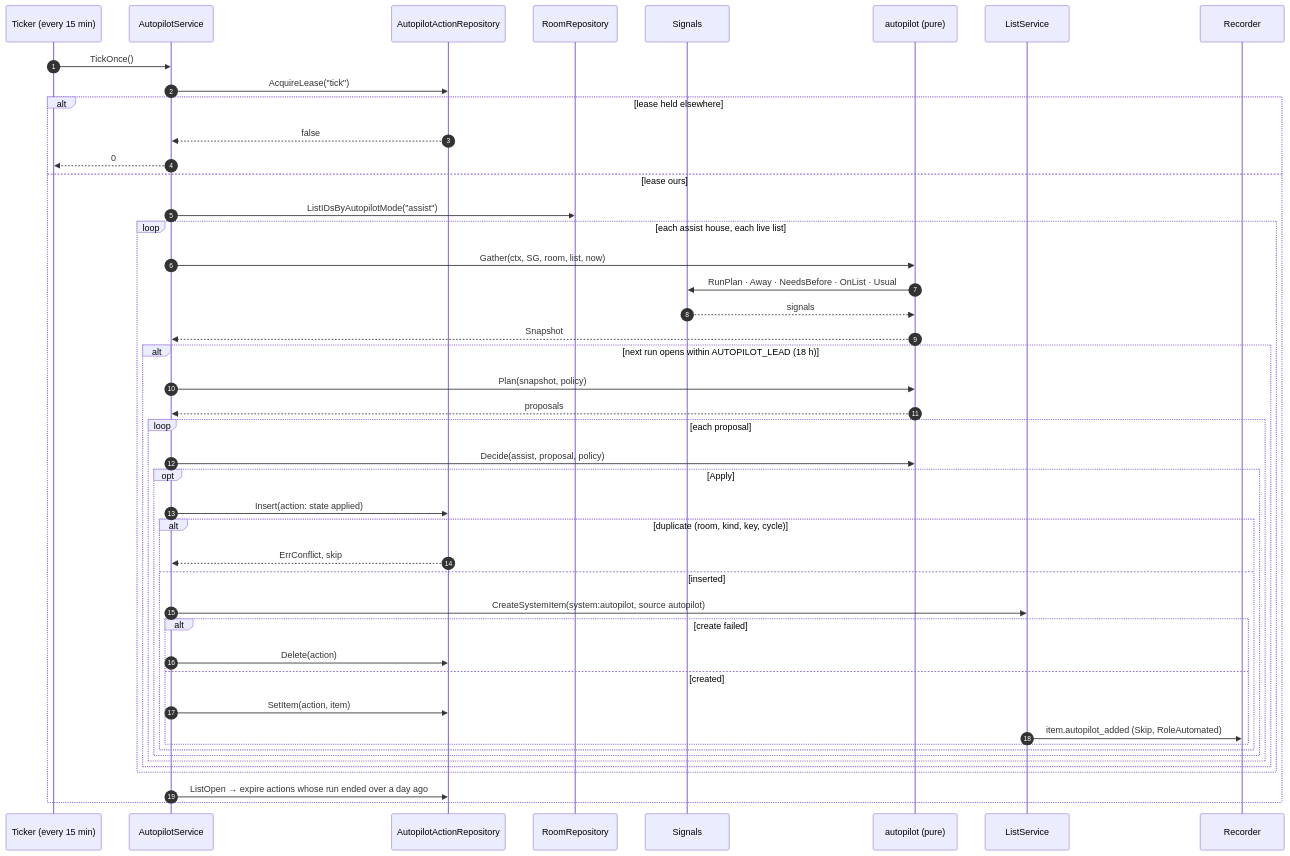
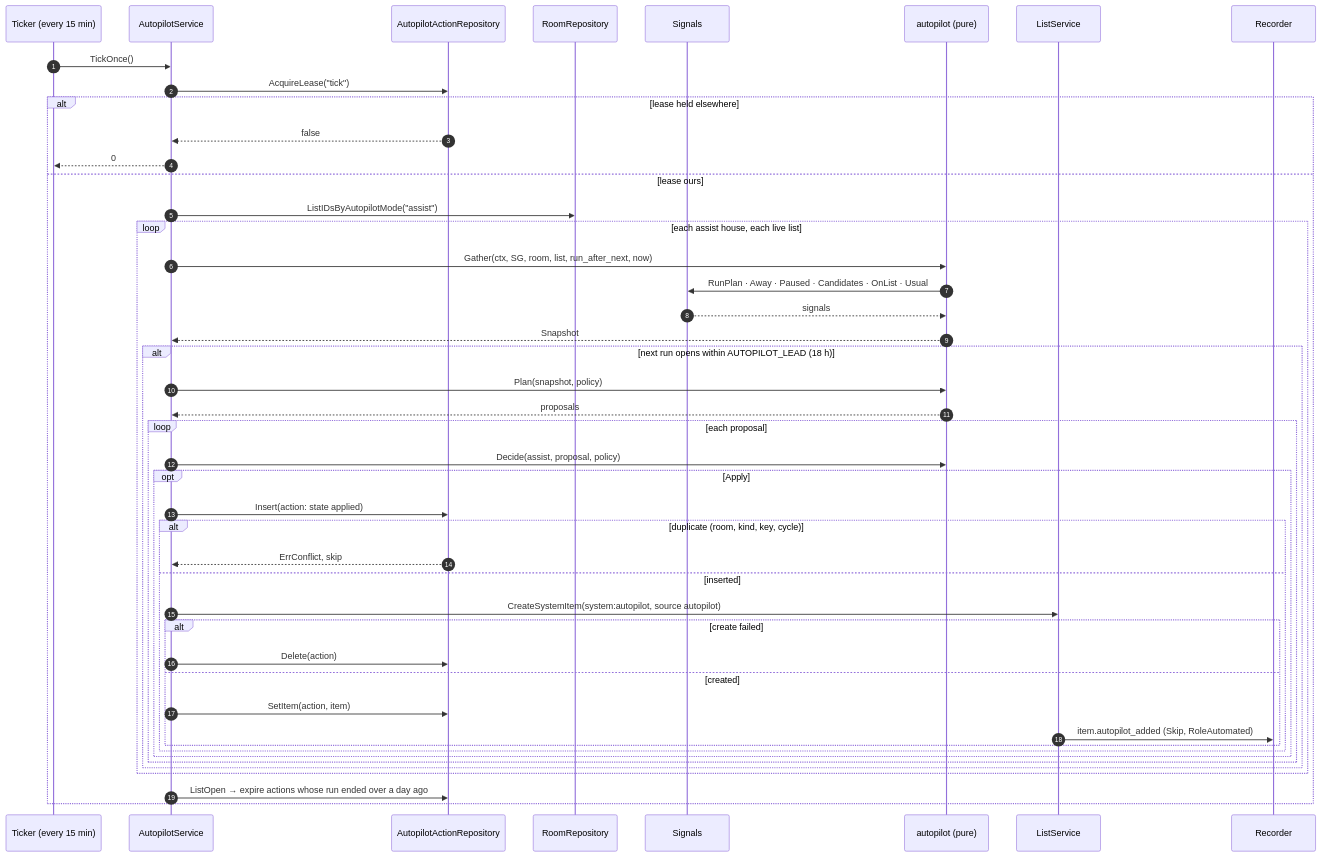
The sixth of 11 diagrams in docs/superpowers/plans/2026-10-17-autopilot-engine.md (janvillarosa/gracie-app), drawn with Mermaid before and after one commit. The commit also changed other lines of this file, not shown here.

Commit message:
docs(autopilot): plan v3, one service and one candidate pipeline

````diff
--- a/docs/superpowers/plans/2026-10-17-autopilot-engine.md
+++ b/docs/superpowers/plans/2026-10-17-autopilot-engine.md
@@ -275,48 +308,48 @@
 ```mermaid
 sequenceDiagram
     autonumber
     participant T as Ticker (every 15 min)
     participant AS as AutopilotService
     participant AR as AutopilotActionRepository
     participant RR as RoomRepository
     participant SG as Signals
     participant AP as autopilot (pure)
     participant LS as ListService
     participant EV as Recorder
     T->>AS: TickOnce()
     AS->>AR: AcquireLease("tick")
     alt lease held elsewhere
         AR-->>AS: false
         AS-->>T: 0
     else lease ours
         AS->>RR: ListIDsByAutopilotMode("assist")
         loop each assist house, each live list
-            AS->>AP: Gather(ctx, SG, room, list, now)
-            AP->>SG: RunPlan · Away · NeedsBefore · OnList · Usual
+            AS->>AP: Gather(ctx, SG, room, list, run_after_next, now)
+            AP->>SG: RunPlan · Away · Paused · Candidates · OnList · Usual
             SG-->>AP: signals
             AP-->>AS: Snapshot
             alt next run opens within AUTOPILOT_LEAD (18 h)
                 AS->>AP: Plan(snapshot, policy)
                 AP-->>AS: proposals
                 loop each proposal
                     AS->>AP: Decide(assist, proposal, policy)
                     opt Apply
                         AS->>AR: Insert(action: state applied)
                         alt duplicate (room, kind, key, cycle)
                             AR-->>AS: ErrConflict, skip
                         else inserted
                             AS->>LS: CreateSystemItem(system:autopilot, source autopilot)
                             alt create failed
                                 AS->>AR: Delete(action)
                             else created
                                 AS->>AR: SetItem(action, item)
                                 LS->>EV: item.autopilot_added (Skip, RoleAutomated)
                             end
                         end
                     end
                 end
             end
         end
         AS->>AR: ListOpen → expire actions whose run ended over a day ago
     end
 ```
````
